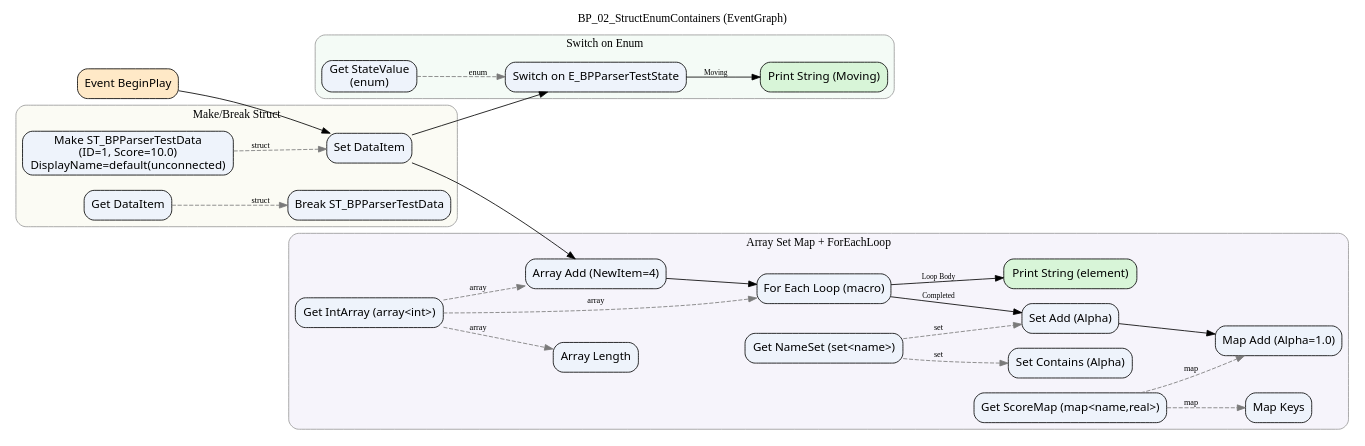
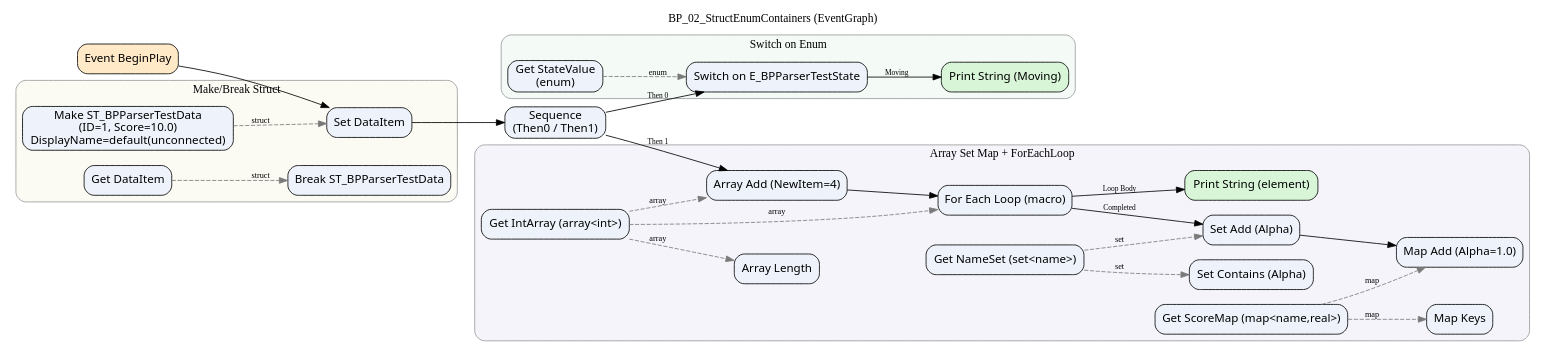
The diagram in bpparser_testgen/deliverables/viz/BP_02_StructEnumContainers.dot (CiaranCw/BlueprintAnalyseTool), drawn with Graphviz before and after one commit. The commit also changed 12 other files, not shown here.

Commit message:
Fix BP_02 exec wiring (multi-exec nodes): Sequence fan-out; ConnectExec refuses ambiguous + ConnectExecFrom (space-insensitive) + ConnectEnumCase (display->internal); fix ForEach LoopBody in BP_04/BP_11; update expected_ir/viz; issue_patterns P7/P8

```diff
--- a/bpparser_testgen/deliverables/viz/BP_02_StructEnumContainers.dot
+++ b/bpparser_testgen/deliverables/viz/BP_02_StructEnumContainers.dot
@@ -1,56 +1,58 @@
 // BP_02_StructEnumContainers - structure graph
 // Edge legend: solid=exec, dashed=data
 digraph BP_02_StructEnumContainers {
   rankdir=LR;
   labelloc="t"; label="BP_02_StructEnumContainers (EventGraph)";
   node [shape=box, style="rounded,filled", fillcolor="#eef3fb", fontname="Segoe UI"];
 
   n1  [label="Event BeginPlay", fillcolor="#ffe9c7"];
+  nseq [label="Sequence\n(Then0 / Then1)"];
 
   subgraph cluster_struct {
     label="Make/Break Struct"; style="rounded"; color="#999999"; bgcolor="#fbfbf4";
     n2  [label="Make ST_BPParserTestData\n(ID=1, Score=10.0)\nDisplayName=default(unconnected)"];
     n3  [label="Set DataItem"];
     n4  [label="Get DataItem"];
     n5  [label="Break ST_BPParserTestData"];
   }
   subgraph cluster_enum {
     label="Switch on Enum"; style="rounded"; color="#999999"; bgcolor="#f4fbf6";
     n6  [label="Get StateValue\n(enum)"];
     n7  [label="Switch on E_BPParserTestState"];
     n8  [label="Print String (Moving)", fillcolor="#d8f5d8"];
   }
   subgraph cluster_containers {
     label="Array Set Map + ForEachLoop"; style="rounded"; color="#999999"; bgcolor="#f6f4fb";
     n9  [label="Get IntArray (array<int>)"];
     n10 [label="Array Add (NewItem=4)"];
     n11 [label="Array Length"];
     n12 [label="For Each Loop (macro)"];
     n13 [label="Print String (element)", fillcolor="#d8f5d8"];
     n14 [label="Get NameSet (set<name>)"];
     n15 [label="Set Add (Alpha)"];
     n16 [label="Set Contains (Alpha)"];
     n17 [label="Get ScoreMap (map<name,real>)"];
     n18 [label="Map Add (Alpha=1.0)"];
     n19 [label="Map Keys"];
   }
 
-  // exec
+  // exec  (exec out is 1:1 -> Sequence fans out after Set DataItem)
   n1 -> n3 [color=black];
-  n3 -> n7 [color=black];
+  n3 -> nseq [color=black];
+  nseq -> n7 [color=black, label="Then 0", fontsize=9];
+  nseq -> n10 [color=black, label="Then 1", fontsize=9];
   n7 -> n8 [color=black, label="Moving", fontsize=9];
-  n3 -> n10 [color=black];
   n10 -> n12 [color=black];
   n12 -> n13 [color=black, label="Loop Body", fontsize=9];
   n12 -> n15 [color=black, label="Completed", fontsize=9];
   n15 -> n18 [color=black];
 
   // data
   edge [style=dashed, color="#7a7a7a", fontsize=10];
   n2 -> n3 [label="struct"];
   n4 -> n5 [label="struct"];
   n6 -> n7 [label="enum"];
   n9 -> n10 [label="array"]; n9 -> n11 [label="array"]; n9 -> n12 [label="array"];
   n14 -> n15 [label="set"]; n14 -> n16 [label="set"];
   n17 -> n18 [label="map"]; n17 -> n19 [label="map"];
 }
```
